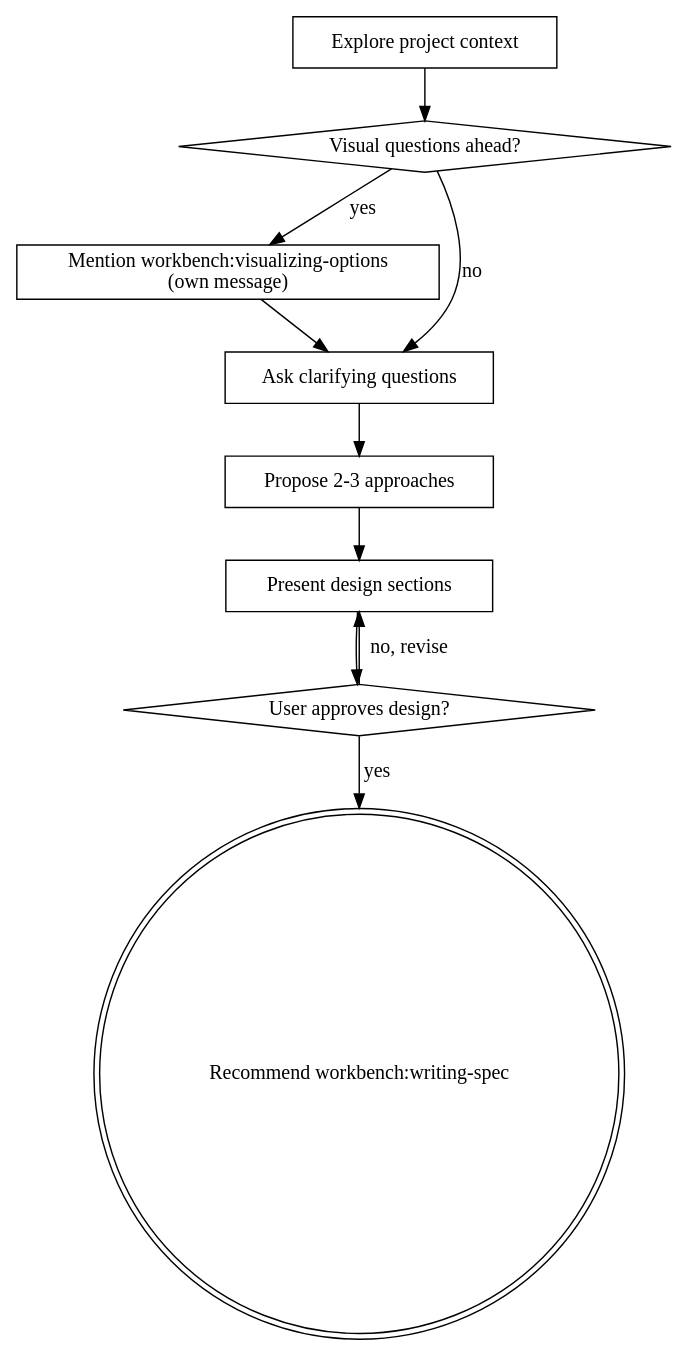
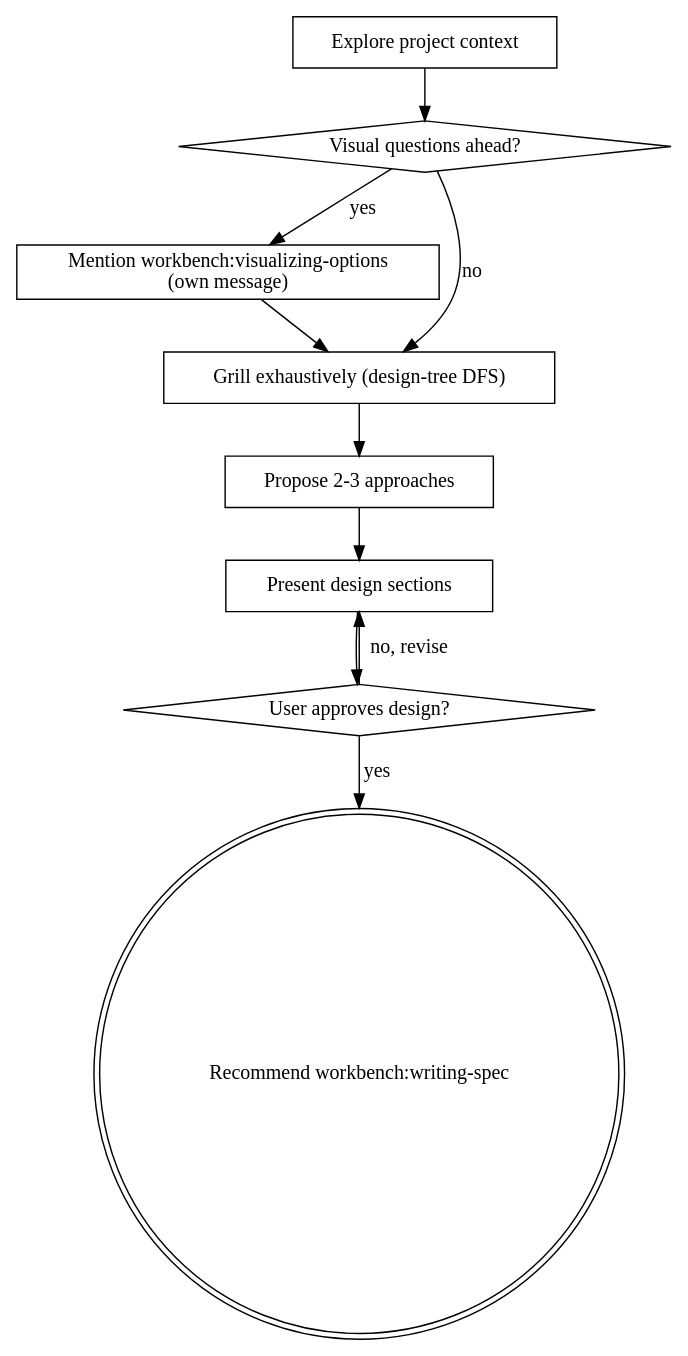
Before and after one commit to Spycner/spycner-tools: the diagram in plugins/workbench/skills/brainstorming/SKILL.md, drawn with Graphviz. The commit also changed other lines of this file and 5 other files, not shown here.

First line of the commit message:
feat(workbench): grill exhaustively in brainstorming, demote summary file framing (#50)

````diff
--- a/plugins/workbench/skills/brainstorming/SKILL.md
+++ b/plugins/workbench/skills/brainstorming/SKILL.md
@@ -33,22 +56,22 @@
 ```dot
 digraph brainstorming {
     "Explore project context" [shape=box];
     "Visual questions ahead?" [shape=diamond];
     "Mention workbench:visualizing-options\n(own message)" [shape=box];
-    "Ask clarifying questions" [shape=box];
+    "Grill exhaustively (design-tree DFS)" [shape=box];
     "Propose 2-3 approaches" [shape=box];
     "Present design sections" [shape=box];
     "User approves design?" [shape=diamond];
     "Recommend workbench:writing-spec" [shape=doublecircle];
 
     "Explore project context" -> "Visual questions ahead?";
     "Visual questions ahead?" -> "Mention workbench:visualizing-options\n(own message)" [label="yes"];
-    "Visual questions ahead?" -> "Ask clarifying questions" [label="no"];
-    "Mention workbench:visualizing-options\n(own message)" -> "Ask clarifying questions";
-    "Ask clarifying questions" -> "Propose 2-3 approaches";
+    "Visual questions ahead?" -> "Grill exhaustively (design-tree DFS)" [label="no"];
+    "Mention workbench:visualizing-options\n(own message)" -> "Grill exhaustively (design-tree DFS)";
+    "Grill exhaustively (design-tree DFS)" -> "Propose 2-3 approaches";
     "Propose 2-3 approaches" -> "Present design sections";
     "Present design sections" -> "User approves design?";
     "User approves design?" -> "Present design sections" [label="no, revise"];
     "User approves design?" -> "Recommend workbench:writing-spec" [label="yes"];
 }
 ```
````
